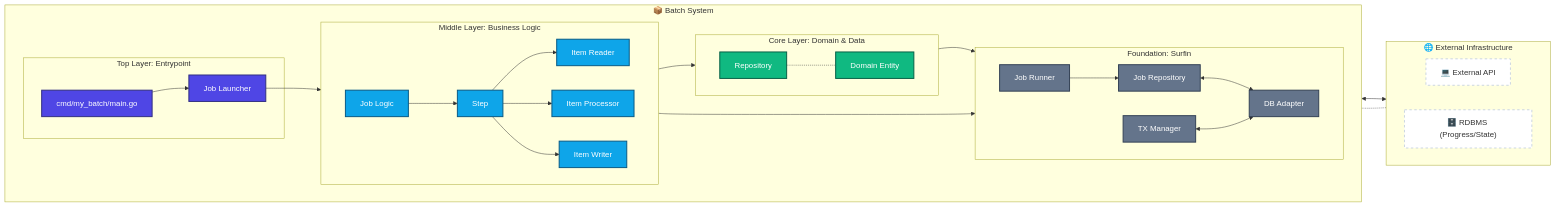
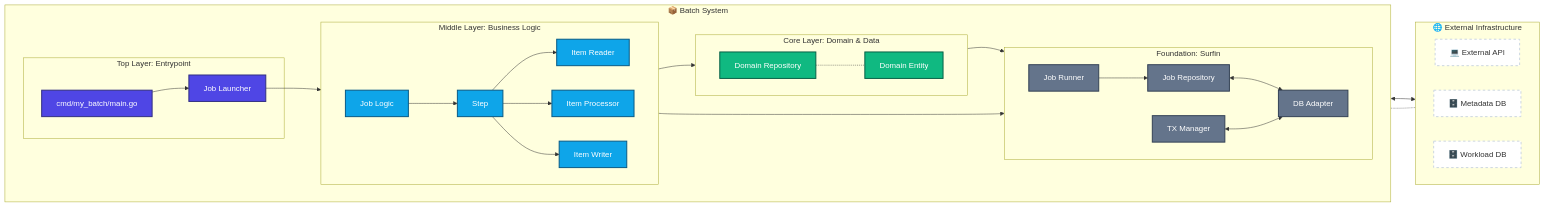
Before and after one commit to tigerroll/surfin: the diagram in README.ja.md, drawn with Mermaid. The commit also changed other lines of this file and 15 other files, not shown here.

````diff
--- a/README.ja.md
+++ b/README.ja.md
@@ -224,75 +270,76 @@
 ```mermaid
 graph LR
     %% スタイル定義
     classDef entry fill:#4f46e5,color:#fff,stroke:#312e81,stroke-width:2px
     classDef logic fill:#0ea5e9,color:#fff,stroke:#075985,stroke-width:2px
     classDef core fill:#64748b,color:#fff,stroke:#334155,stroke-width:2px
     classDef domain fill:#10b981,color:#fff,stroke:#065f46,stroke-width:2px
     classDef cloud fill:#fff,stroke:#cbd5e1,stroke-width:2px,stroke-dasharray: 5 5
 
     %% 外部境界
     subgraph External ["&nbsp; 🌐 External Infrastructure &nbsp;"]
         direction LR
         HTTP["💻&nbsp;External API"]:::cloud
-        RDB["🗄️&nbsp;RDBMS (Progress/State)"]:::cloud
+        MetadataDB["🗄️&nbsp;Metadata DB"]:::cloud
+        WorkloadDB["🗄️&nbsp;Workload DB"]:::cloud
     end
 
     %% アプリケーション本体
     subgraph Application ["&nbsp; 📦 Batch System &nbsp;"]
         direction LR
 
         subgraph Layer_Entry ["Top Layer: Entrypoint"]
             Main["cmd/my_batch/main.go"]:::entry
             Launcher["Job Launcher"]:::entry
         end
 
         subgraph Layer_Logic ["Middle Layer: Business Logic"]
             direction LR
             Job["Job Logic"]:::logic
             Step["Step"]:::logic
             Reader["Item Reader"]:::logic
             Processor["Item Processor"]:::logic
             Writer["Item Writer"]:::logic
         end
 
         subgraph Layer_Core ["Foundation: Surfin"]
             direction LR
             Runner["Job Runner"]:::core
             Repository["Job Repository"]:::core
             TX["TX Manager"]:::core
             DB_Adapter["DB Adapter"]:::core
         end
 
         subgraph Layer_Domain ["Core Layer: Domain & Data"]
             direction LR
-            Repo["Repository"]:::domain
+            Repo["Domain Repository"]:::domain
             Entity["Domain Entity"]:::domain
         end
     end
 
     %% 接続関係・実行フロー
     Main --> Launcher
     Launcher --> Job
     Job --> Step
     Step --> Reader
     Step --> Processor
     Step --> Writer
 
     %% フレームワーク・永続化連携
     Job --> Runner
     Runner --> Repository
     Repository <--> DB_Adapter
-    DB_Adapter <--> RDB
+    DB_Adapter <--> MetadataDB
 
     %% 依存関係
     Writer --> Repo
     Repo --> TX
     TX <--> DB_Adapter
     Repo -.- Entity
     Reader -.- HTTP
 
     %% レイアウト制御
     Layer_Entry ~~~ Layer_Logic
     Layer_Logic ~~~ Layer_Core
     Layer_Core ~~~ Layer_Domain
 ```
````
